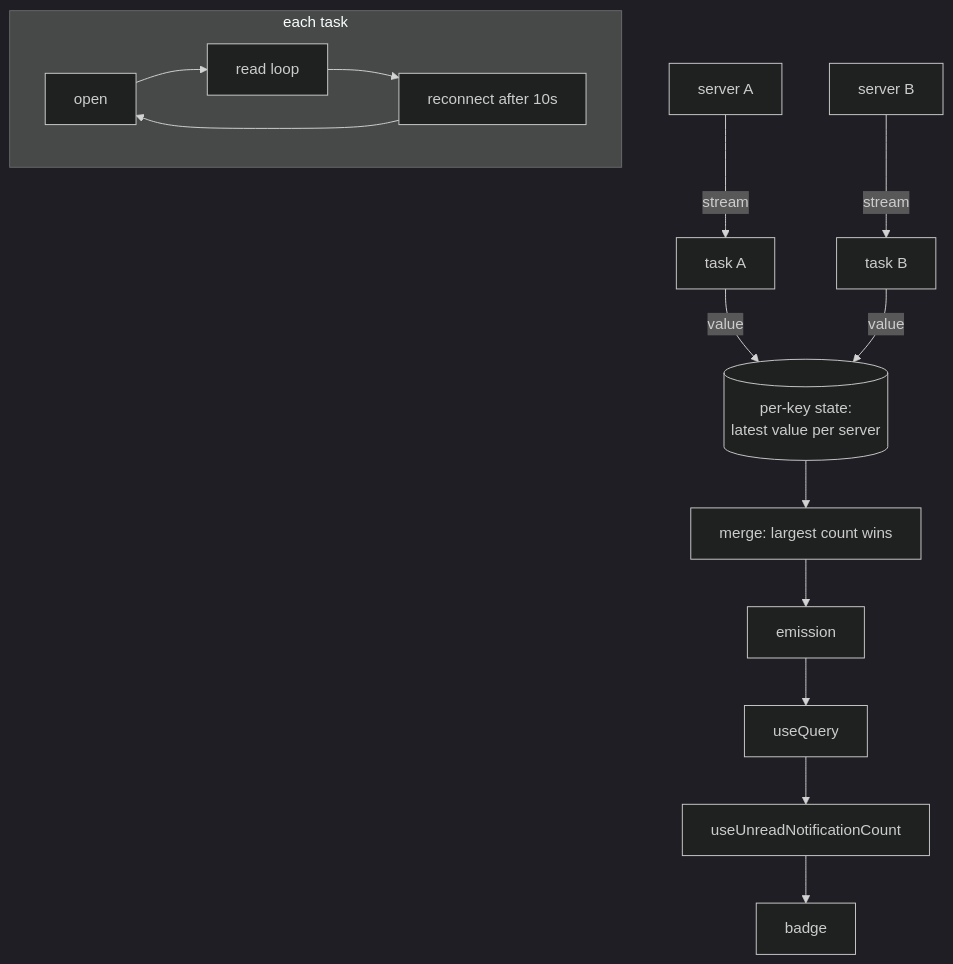
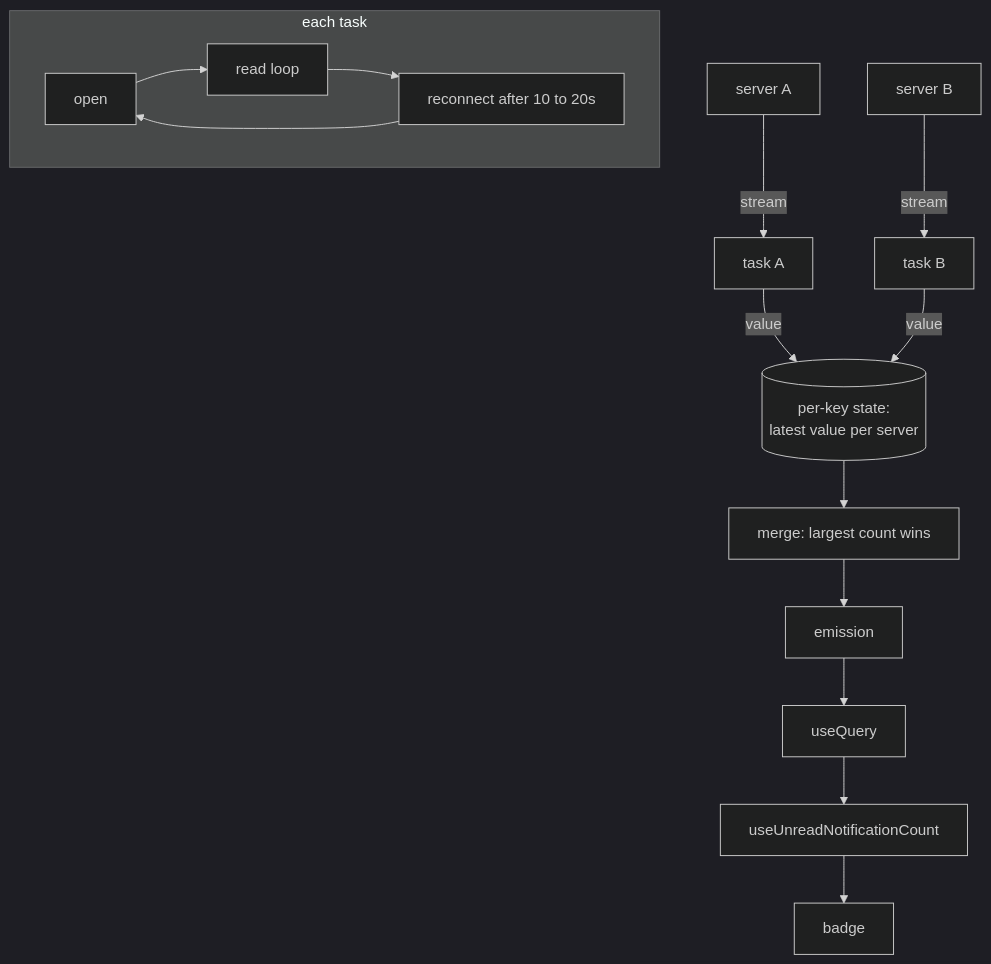
Before and after one commit to futo-org/Harbor: the fourth of 4 diagrams in docs/content/developer/unread-notifications.md, drawn with Mermaid (dark theme). The commit also changed other lines of this file and 39 other files, not shown here.

````diff
--- a/docs/content/developer/unread-notifications.md
+++ b/docs/content/developer/unread-notifications.md
@@ -186,14 +186,14 @@
 ```mermaid
 flowchart TB
     SA[server A] -- stream --> TA[task A]
     SB[server B] -- stream --> TB[task B]
     subgraph task["each task"]
         direction LR
-        O[open] --> R[read loop] --> RC[reconnect after 10s] --> O
+        O[open] --> R[read loop] --> RC[reconnect after 10 to 20s] --> O
     end
     TA -- value --> ST[(per-key state:\nlatest value per server)]
     TB -- value --> ST
     ST --> M[merge: largest count wins]
     M --> E[emission]
     E --> UQ[useQuery] --> H[useUnreadNotificationCount] --> BADGE[badge]
 ```
````
